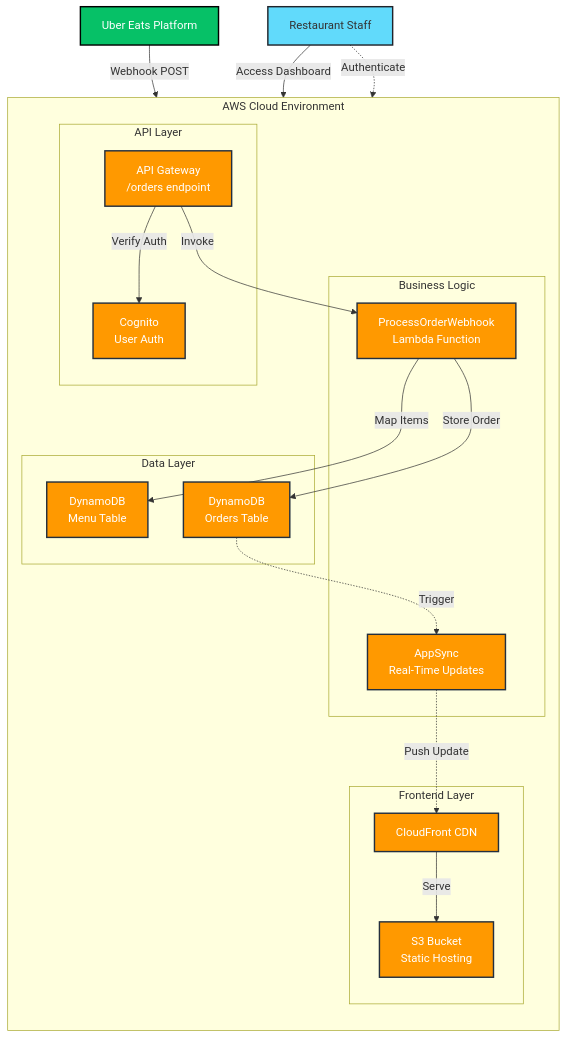
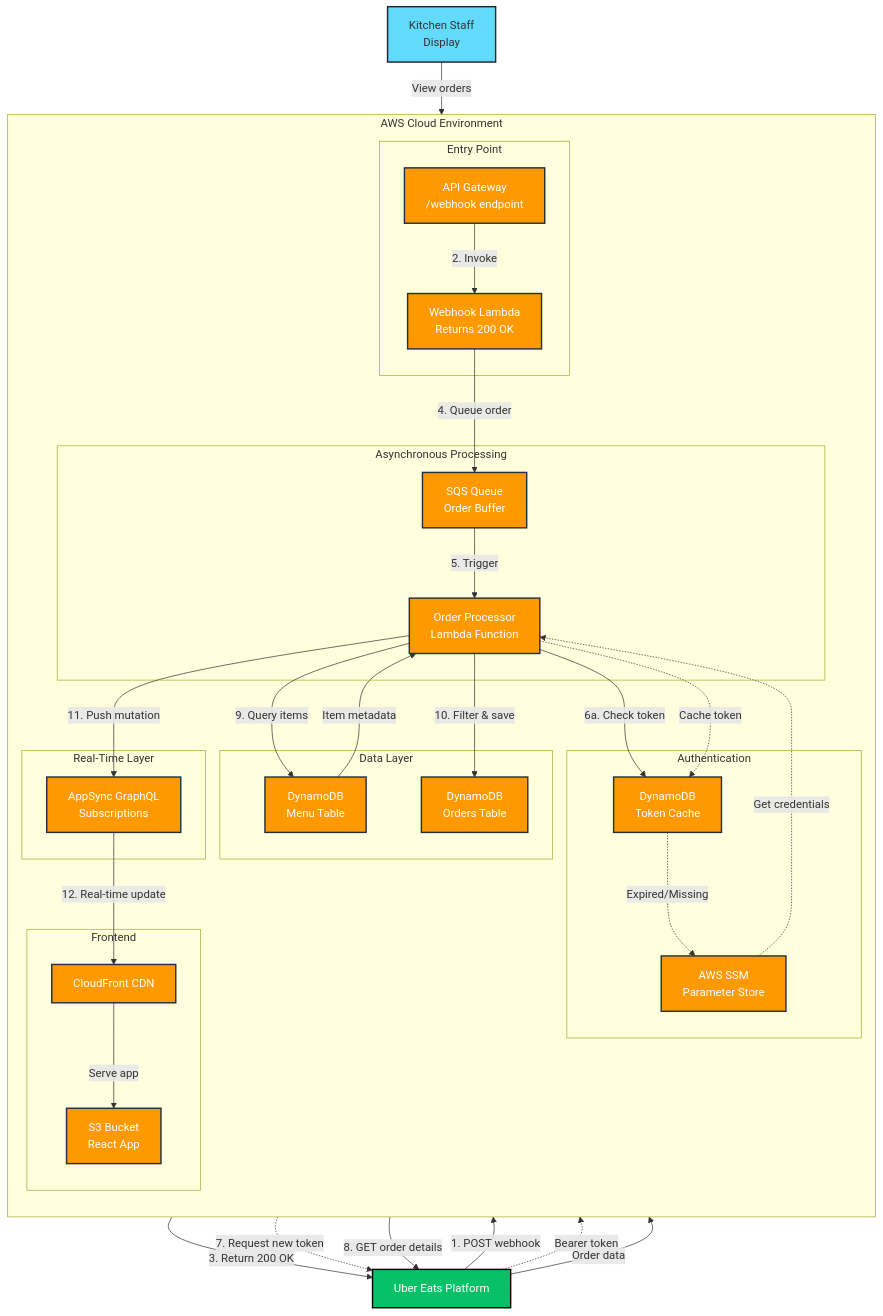
The first of 2 diagrams in README.md (kchenfs/PrepDeck), drawn with Mermaid before and after one commit. The commit also changed other lines of this file, not shown here.

First line of the commit message:
Revise README for PrepDeck project details

````diff
--- a/README.md
+++ b/README.md
@@ -11,54 +11,75 @@
 ```mermaid
 graph TD
     %% Styles
     classDef aws fill:#FF9900,stroke:#232F3E,stroke-width:2px,color:white;
     classDef external fill:#06C167,stroke:#000,stroke-width:2px,color:white;
     classDef frontend fill:#61DAFB,stroke:#20232A,stroke-width:2px;
 
     %% External Services
     UberEats[Uber Eats Platform]:::external
 
     %% AWS Services
     subgraph AWS_Cloud [AWS Cloud Environment]
         direction TB
         
-        subgraph Frontend_Layer [Frontend Layer]
-            S3[S3 Bucket<br/>Static Hosting]:::aws
-            CloudFront[CloudFront CDN]:::aws
+        subgraph Entry_Point [Entry Point]
+            APIGateway[API Gateway<br/>/webhook endpoint]:::aws
+            WebhookLambda[Webhook Lambda<br/>Returns 200 OK]:::aws
         end
         
-        subgraph API_Layer [API Layer]
-            APIGateway[API Gateway<br/>/orders endpoint]:::aws
-            Cognito[Cognito<br/>User Auth]:::aws
+        subgraph Async_Processing [Asynchronous Processing]
+            SQS[SQS Queue<br/>Order Buffer]:::aws
+            ProcessorLambda[Order Processor<br/>Lambda Function]:::aws
         end
         
-        subgraph Business_Logic [Business Logic]
-            WebhookLambda[ProcessOrderWebhook<br/>Lambda Function]:::aws
-            AppSync[AppSync<br/>Real-Time Updates]:::aws
+        subgraph Auth_Layer [Authentication]
+            TokenCache[DynamoDB<br/>Token Cache]:::aws
+            SSM[AWS SSM<br/>Parameter Store]:::aws
         end
         
         subgraph Data_Layer [Data Layer]
-            DDB_Menu[DynamoDB<br/>Menu Table]:::aws
-            DDB_Orders[DynamoDB<br/>Orders Table]:::aws
+            MenuDB[DynamoDB<br/>Menu Table]:::aws
+            OrdersDB[DynamoDB<br/>Orders Table]:::aws
+        end
+        
+        subgraph Real_Time [Real-Time Layer]
+            AppSync[AppSync GraphQL<br/>Subscriptions]:::aws
+        end
+        
+        subgraph Frontend_Layer [Frontend]
+            CloudFront[CloudFront CDN]:::aws
+            S3[S3 Bucket<br/>React App]:::aws
         end
     end
 
-    %% User
-    User[Restaurant Staff]:::frontend
+    %% Kitchen Staff
+    Kitchen[Kitchen Staff<br/>Display]:::frontend
 
-    %% Connections
-    UberEats -->|Webhook POST| APIGateway
-    APIGateway -->|Verify Auth| Cognito
-    APIGateway -->|Invoke| WebhookLambda
+    %% Flow
+    UberEats -->|1. POST webhook| APIGateway
+    APIGateway -->|2. Invoke| WebhookLambda
+    WebhookLambda -->|3. Return 200 OK| UberEats
+    WebhookLambda -->|4. Queue order| SQS
     
-    WebhookLambda -->|Map Items| DDB_Menu
-    WebhookLambda -->|Store Order| DDB_Orders
+    SQS -->|5. Trigger| ProcessorLambda
     
-    DDB_Orders -.->|Trigger| AppSync
-    AppSync -.->|Push Update| CloudFront
+    ProcessorLambda -->|6a. Check token| TokenCache
+    TokenCache -.->|Expired/Missing| SSM
+    SSM -.->|Get credentials| ProcessorLambda
+    ProcessorLambda -.->|7. Request new token| UberEats
+    UberEats -.->|Bearer token| ProcessorLambda
+    ProcessorLambda -.->|Cache token| TokenCache
     
-    User -->|Access Dashboard| CloudFront
-    CloudFront -->|Serve| S3
+    ProcessorLambda -->|8. GET order details| UberEats
+    UberEats -->|Order data| ProcessorLambda
     
-    User -.->|Authenticate| Cognito
+    ProcessorLambda -->|9. Query items| MenuDB
+    MenuDB -->|Item metadata| ProcessorLambda
+    
+    ProcessorLambda -->|10. Filter & save| OrdersDB
+    ProcessorLambda -->|11. Push mutation| AppSync
+    
+    AppSync -->|12. Real-time update| CloudFront
+    CloudFront -->|Serve app| S3
+    Kitchen -->|View orders| CloudFront
 ```
````
